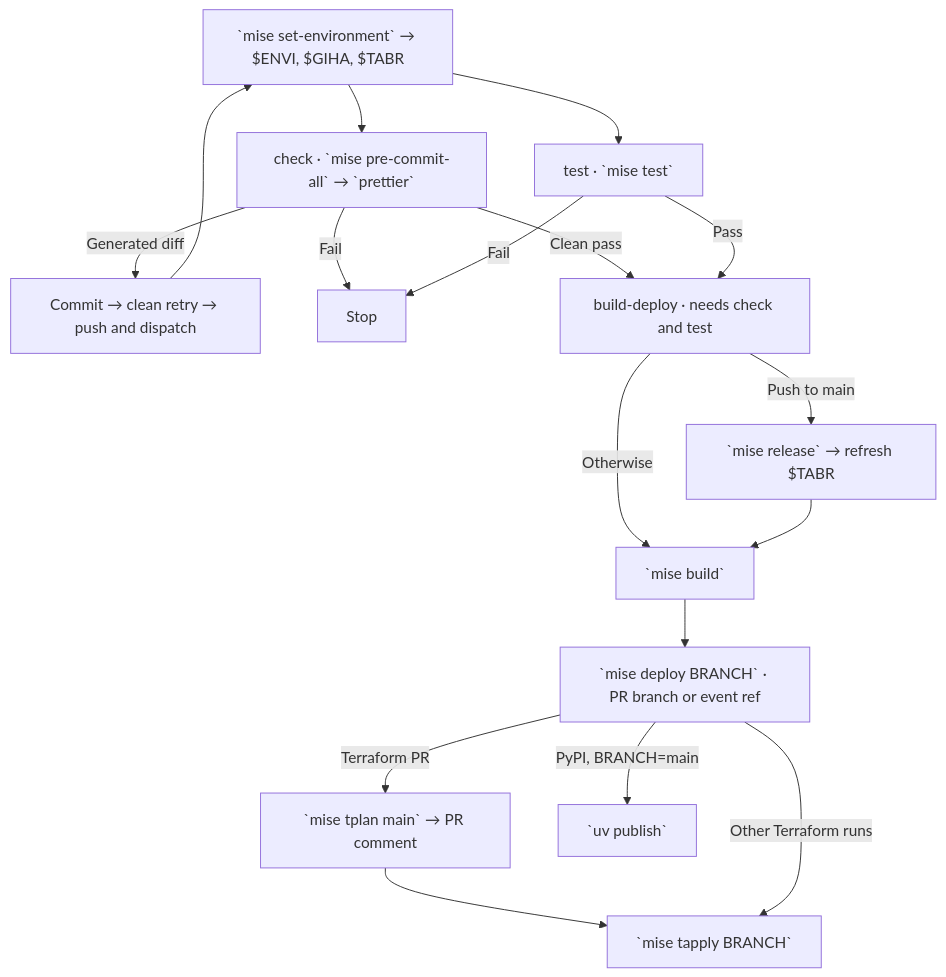
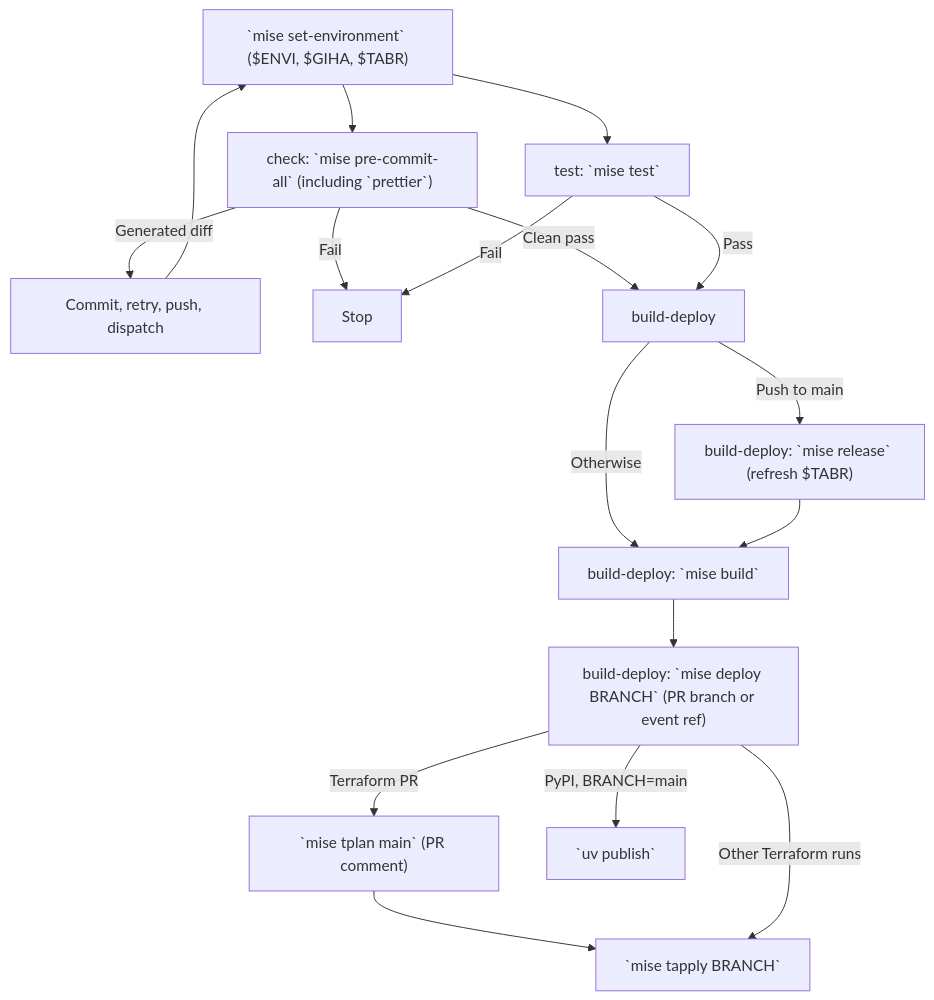
One commit to biobuddies/measles changed the diagram in README.md. Above: the diagram before and after it, drawn with Mermaid.

Commit message:
Label workflow steps by job and command

````diff
--- a/README.md
+++ b/README.md
@@ -78,19 +78,19 @@
 ```mermaid
 flowchart TD
-    Context[" `mise set-environment` → $ENVI, $GIHA, $TABR"] --> Check["check · `mise pre-commit-all` → `prettier`"]
-    Context --> Test["test · `mise test`"]
-    Check -- "Generated diff" --> Retry["Commit → clean retry → push and dispatch"]
+    Context[" `mise set-environment` ($ENVI, $GIHA, $TABR)"] --> Check["check: `mise pre-commit-all` (including `prettier`)"]
+    Context --> Test["test: `mise test`"]
+    Check -- "Generated diff" --> Retry["Commit, retry, push, dispatch"]
     Retry --> Context
     Check -- Fail --> Stop["Stop"]
     Test -- Fail --> Stop
-    Check -- "Clean pass" --> BuildDeploy["build-deploy · needs check and test"]
+    Check -- "Clean pass" --> BuildDeploy["build-deploy"]
     Test -- Pass --> BuildDeploy
-    BuildDeploy -- "Push to main" --> Release[" `mise release` → refresh $TABR"]
-    BuildDeploy -- Otherwise --> Build[" `mise build`"]
+    BuildDeploy -- "Push to main" --> Release["build-deploy: `mise release` (refresh $TABR)"]
+    BuildDeploy -- Otherwise --> Build["build-deploy: `mise build`"]
     Release --> Build
-    Build --> Deploy[" `mise deploy BRANCH` · PR branch or event ref"]
-    Deploy -- "Terraform PR" --> Plan[" `mise tplan main` → PR comment"]
+    Build --> Deploy["build-deploy: `mise deploy BRANCH` (PR branch or event ref)"]
+    Deploy -- "Terraform PR" --> Plan[" `mise tplan main` (PR comment)"]
     Plan --> Apply[" `mise tapply BRANCH`"]
     Deploy -- "Other Terraform runs" --> Apply
     Deploy -- "PyPI, BRANCH=main" --> Publish[" `uv publish`"]
 ```
````
